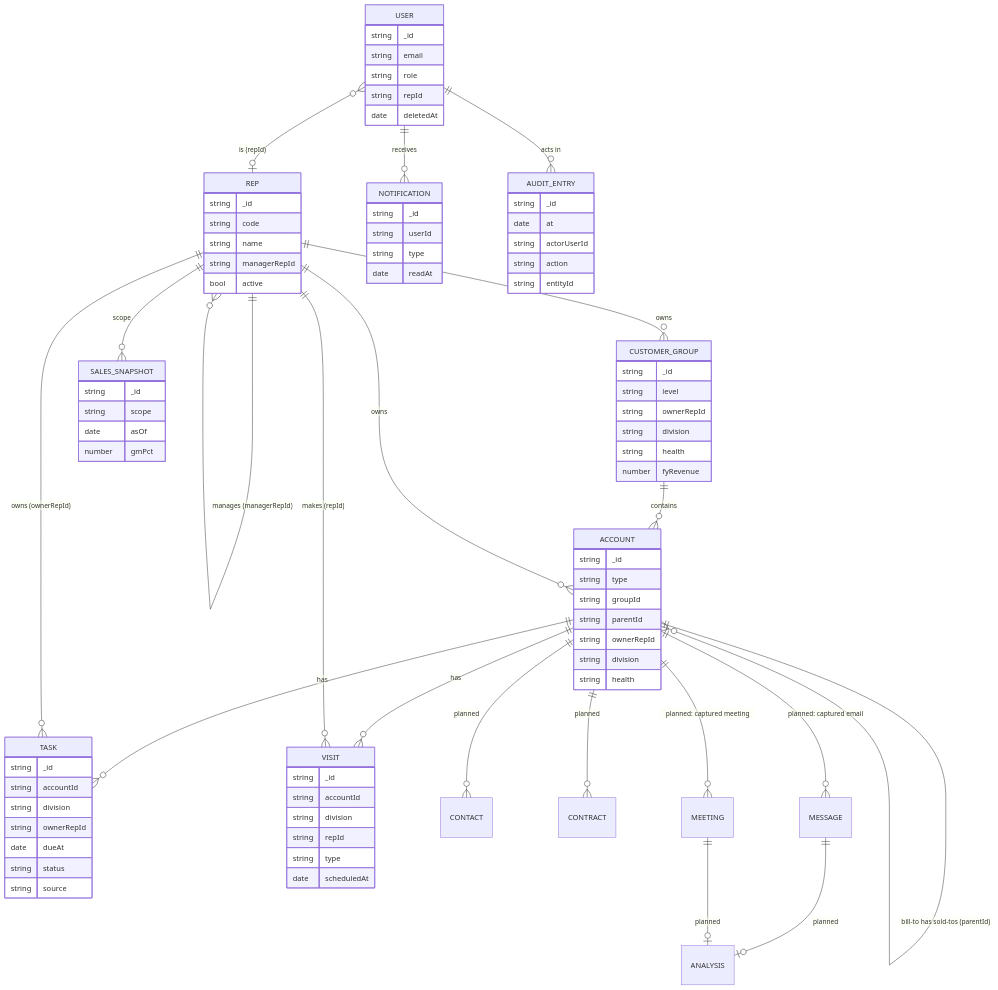
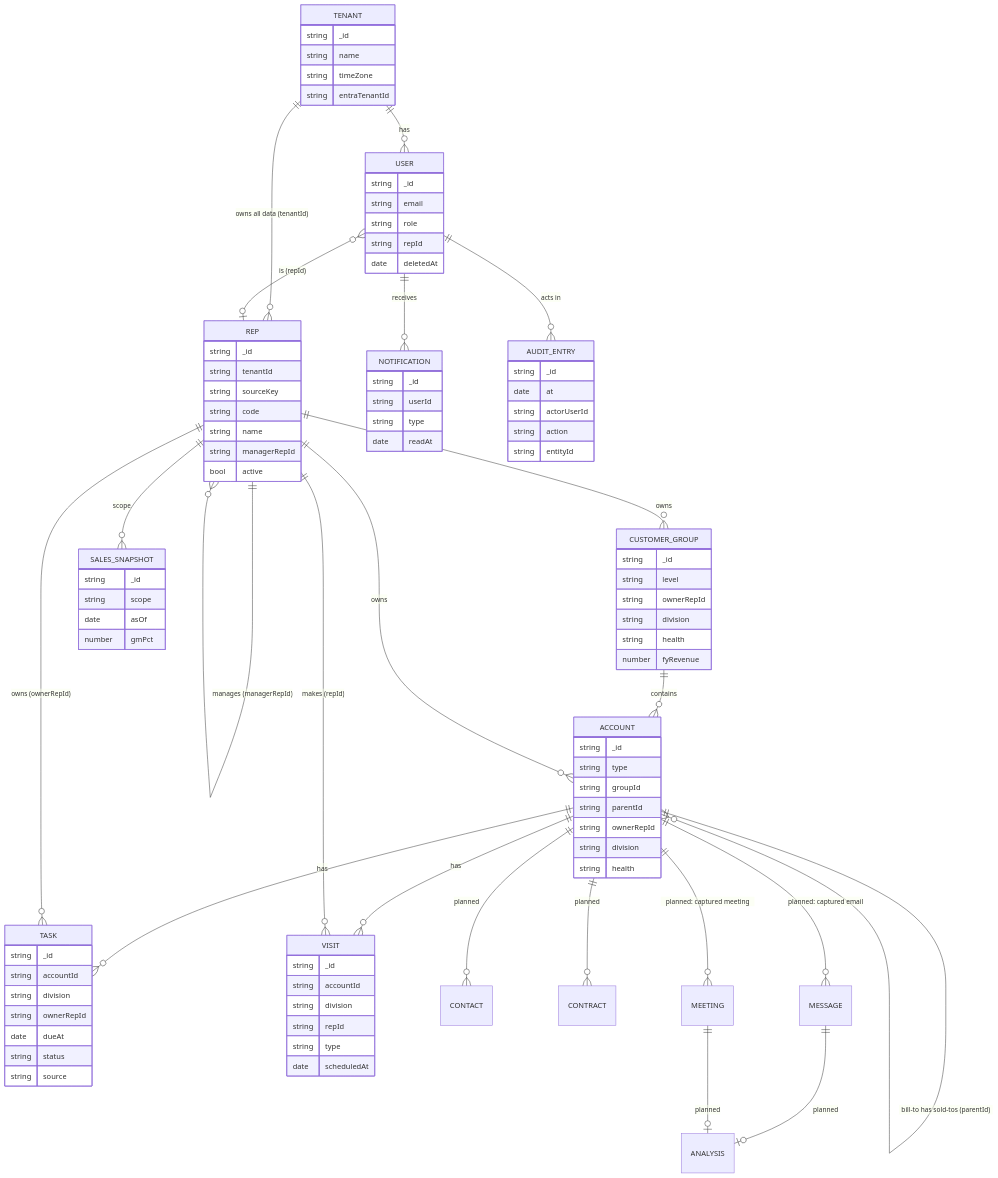
One commit to sonishivam1/ambient-crm changed the diagram in docs/architecture/data-model.md. Above: the diagram before and after it, drawn with Mermaid. The commit also changed other lines of this file and 16 other files, not shown here.

````diff
--- a/docs/architecture/data-model.md
+++ b/docs/architecture/data-model.md
@@ -23,5 +24,7 @@
 ```mermaid
 erDiagram
+  TENANT ||--o{ REP : "owns all data (tenantId)"
+  TENANT ||--o{ USER : has
   REP ||--o{ REP : "manages (managerRepId)"
   USER }o--o| REP : "is (repId)"
   REP ||--o{ CUSTOMER_GROUP : owns
@@ -42,8 +45,16 @@
   MESSAGE ||--o| ANALYSIS : "planned"
   MEETING ||--o| ANALYSIS : "planned"
 
+  TENANT {
+    string _id
+    string name
+    string timeZone
+    string entraTenantId
+  }
   REP {
     string _id
+    string tenantId
+    string sourceKey
     string code
     string name
     string managerRepId
````
